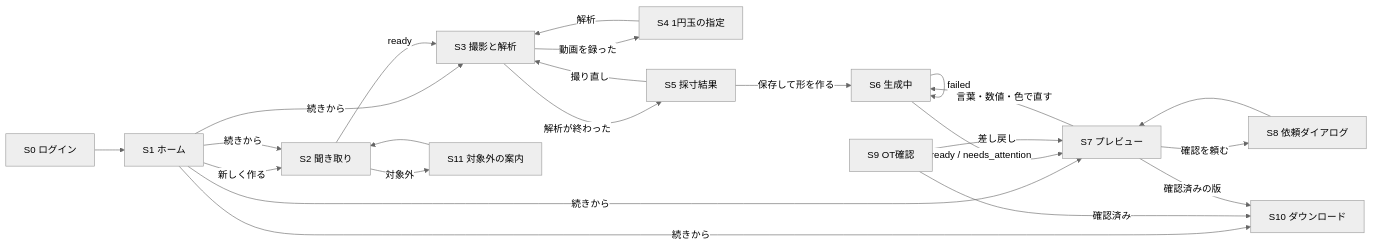
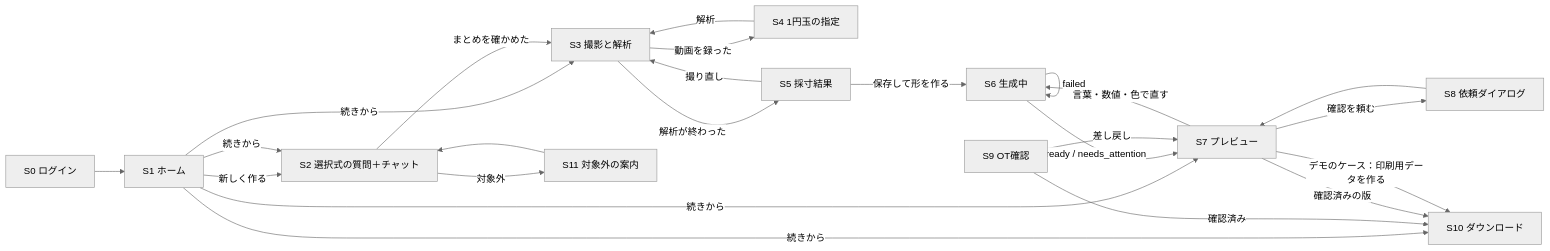
One commit to Devfest-Hackathon-2026/df-2026-t101 changed the diagram in docs/screens.md. Above: the diagram before and after it, drawn with Mermaid (neutral theme). The commit also changed other lines of this file and 16 other files, not shown here.

````diff
--- a/docs/screens.md
+++ b/docs/screens.md
@@ -29,21 +29,22 @@
 ```mermaid
 flowchart LR
   S0[S0 ログイン] --> S1[S1 ホーム]
-  S1 -->|新しく作る| S2[S2 聞き取り]
+  S1 -->|新しく作る| S2[S2 選択式の質問＋チャット]
   S1 -->|続きから| S2 & S3 & S7 & S10
   S2 -->|対象外| S11[S11 対象外の案内] --> S2
-  S2 -->|ready| S3[S3 撮影と解析]
+  S2 -->|まとめを確かめた| S3[S3 撮影と解析]
   S3 -->|動画を録った| S4[S4 1円玉の指定]
   S4 -->|解析| S3
   S3 -->|解析が終わった| S5[S5 採寸結果]
   S5 -->|撮り直し| S3
   S5 -->|保存して形を作る| S6[S6 生成中]
   S6 -->|ready / needs_attention| S7[S7 プレビュー]
   S6 -->|failed| S6
   S7 -->|言葉・数値・色で直す| S6
   S7 -->|確認を頼む| S8[S8 依頼ダイアログ]
   S8 --> S7
   S9[S9 OT確認] -->|確認済み| S10[S10 ダウンロード]
   S9 -->|差し戻し| S7
   S7 -->|確認済みの版| S10
+  S7 -->|デモのケース：印刷用データを作る| S10
 ```
````
